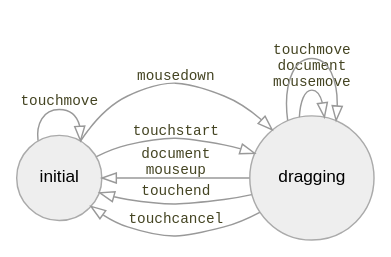
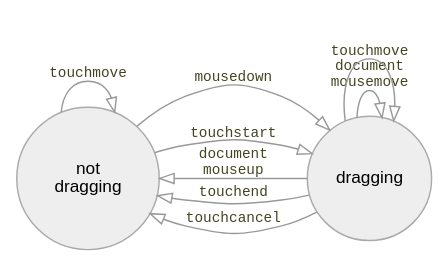
Before and after one commit to redblobgames/making-of-draggable: the fifth of 7 diagrams in index.org, drawn with Graphviz. The commit also changed other lines of this file and 2 other files, not shown here.

Commit message:
Feat: improve diagrams

```diff
--- a/index.org
+++ b/index.org
@@ -193,16 +193,16 @@
 #+begin_src dot :file build/mouse-and-touch.svg :exports results
 digraph {
     node [fontname=Helvetica, fontsize=12, shape=circle, style=filled, color="#aaaaaa", fillcolor="#eeeeee"];
     edge [fontname=Courier, fontsize=10, fontcolor="#444422", color="#999999", fillcolor="#ffffff"];
     
     rankdir=LR;
-    initial -> dragging [label = "mousedown"];
+    "not\ndragging" -> dragging [label = "mousedown"];
     dragging -> dragging [label = "document\nmousemove"];
-    dragging -> initial [label = "document\nmouseup"];
-    initial -> initial [label = "touchmove"];
-    initial -> dragging [label = "touchstart"];
+    dragging -> "not\ndragging" [label = "document\nmouseup"];
+    "not\ndragging" -> "not\ndragging" [label = "touchmove"];
+    "not\ndragging" -> dragging [label = "touchstart"];
     dragging -> dragging [label = "touchmove"];
-    dragging -> initial [label = "touchend"];
-    dragging -> initial [label = "touchcancel"];
+    dragging -> "not\ndragging" [label = "touchend"];
+    dragging -> "not\ndragging" [label = "touchcancel"];
 }
 #+end_src
```
